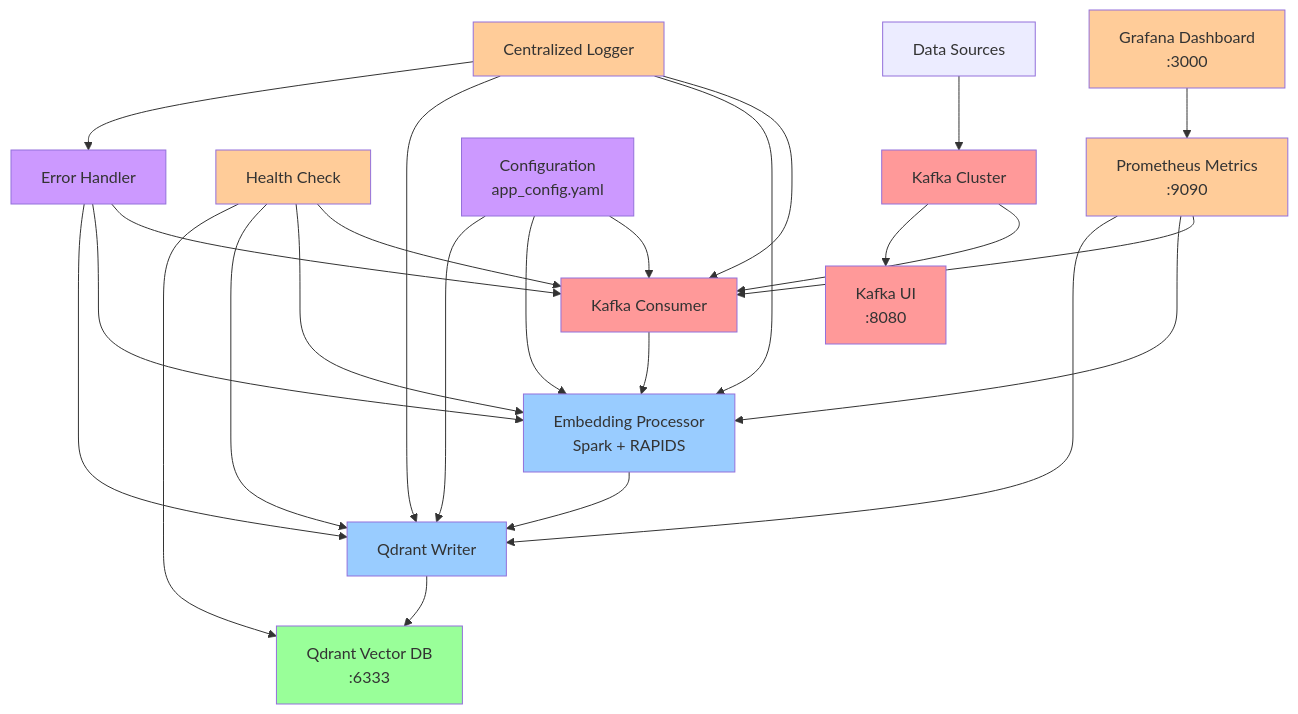
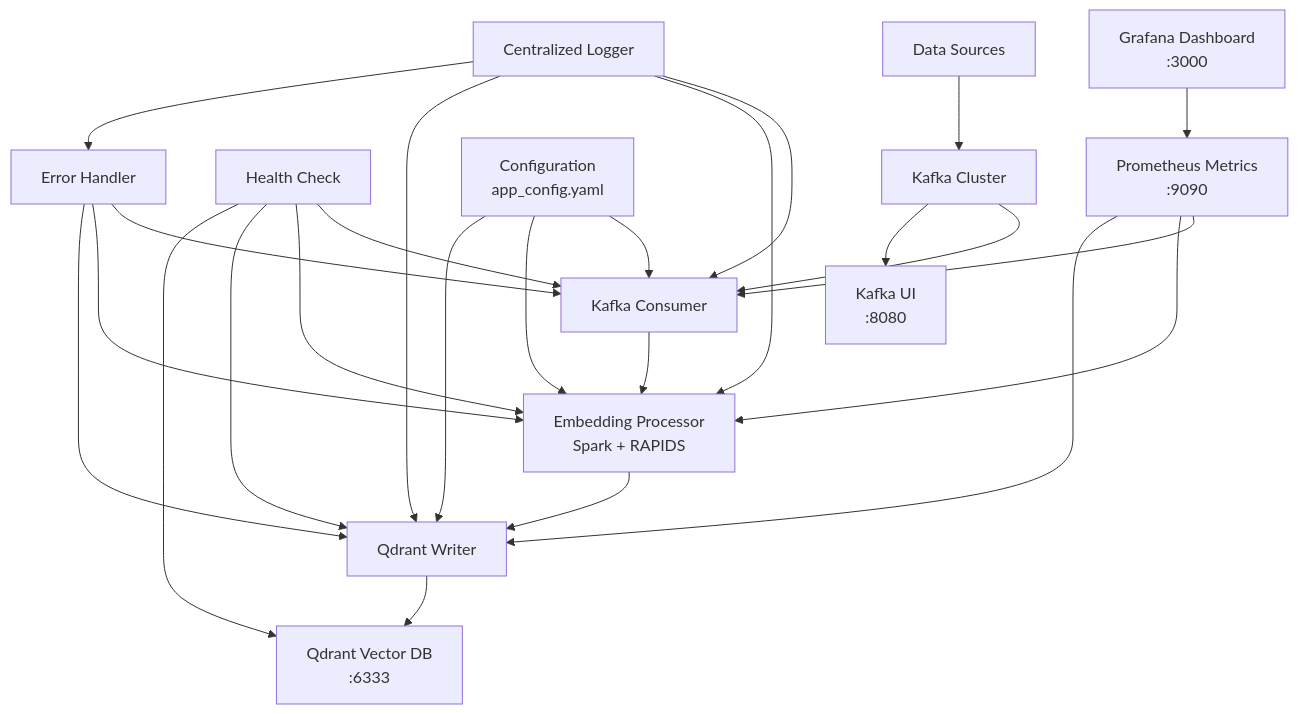
Before and after one commit to ahmetk3436/VectorStream: the first of 2 diagrams in README.md, drawn with Mermaid. The commit also changed other lines of this file and 33 other files, not shown here.

````diff
--- a/README.md
+++ b/README.md
@@ -92,57 +64,50 @@
 ```mermaid
 graph TB
     %% External Data Sources
     DS[Data Sources] --> K[Kafka Cluster]
     
     %% Kafka Layer
     K --> KC[Kafka Consumer]
     K --> KUI[Kafka UI<br/>:8080]
     
     %% Processing Layer
     KC --> EP[Embedding Processor<br/>Spark + RAPIDS]
     EP --> QW[Qdrant Writer]
     
     %% Storage Layer
     QW --> Q[Qdrant Vector DB<br/>:6333]
     
     %% Monitoring & Health
     HC[Health Check] --> KC
     HC --> EP
     HC --> QW
     HC --> Q
     
     PM[Prometheus Metrics<br/>:9090] --> KC
     PM --> EP
     PM --> QW
     
     G[Grafana Dashboard<br/>:3000] --> PM
     
     %% Configuration
     CONFIG[Configuration<br/>app_config.yaml] --> KC
     CONFIG --> EP
     CONFIG --> QW
     
     %% Error Handling
     EH[Error Handler] --> KC
     EH --> EP
     EH --> QW
     
     %% Logging
     LOG[Centralized Logger] --> KC
     LOG --> EP
     LOG --> QW
     LOG --> EH
     
-    %% Styling
-    classDef kafka fill:#ff9999
-    classDef processing fill:#99ccff
-    classDef storage fill:#99ff99
-    classDef monitoring fill:#ffcc99
-    classDef config fill:#cc99ff
-    
     class K,KC,KUI kafka
     class EP,QW processing
     class Q storage
     class HC,PM,G,LOG monitoring
     class CONFIG,EH config
 ```
````
